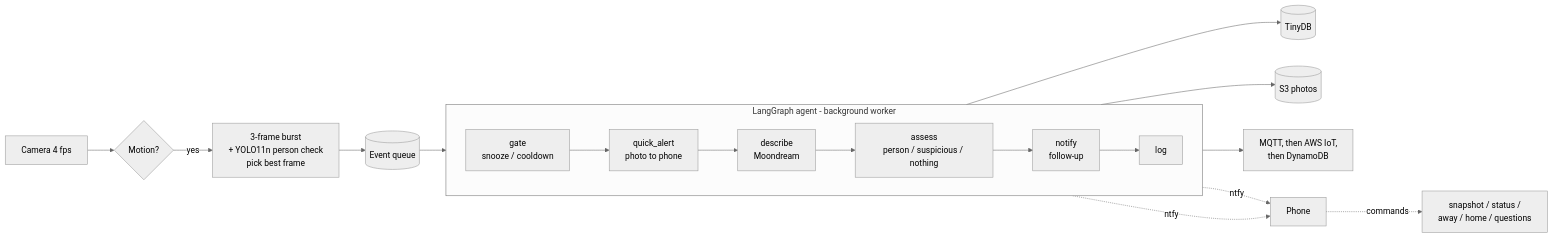
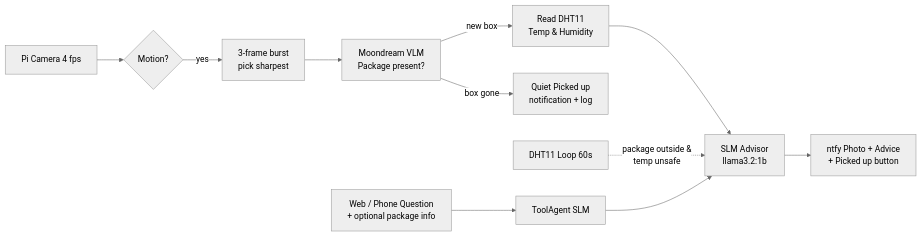
One commit to FuzailSami/room-guardian changed the diagram in README.md. Above: the diagram before and after it, drawn with Mermaid (neutral theme). The commit also changed other lines of this file and 12 other files, not shown here.

````diff
--- a/README.md
+++ b/README.md
@@ -19,23 +14,13 @@
 ```mermaid
 flowchart LR
-    CAM[Camera 4 fps] --> MOTION{Motion?}
-    MOTION -- yes --> BURST[3-frame burst<br/>+ YOLO11n person check<br/>pick best frame]
-    BURST --> QUEUE[(Event queue)]
-    QUEUE --> WORKER
-
-    subgraph WORKER[LangGraph agent - background worker]
-        direction LR
-        GATE[gate<br/>snooze / cooldown] --> QUICK[quick_alert<br/>photo to phone]
-        QUICK --> DESCRIBE[describe<br/>Moondream]
-        DESCRIBE --> ASSESS[assess<br/>person / suspicious / nothing]
-        ASSESS --> NOTIFY[notify<br/>follow-up]
-        NOTIFY --> LOG[log]
-    end
-
-    LOG --> DB[(TinyDB)]
-    LOG --> S3[(S3 photos)]
-    LOG --> MQTT[MQTT, then AWS IoT,<br/>then DynamoDB]
-    QUICK -. ntfy .-> PHONE[Phone]
-    NOTIFY -. ntfy .-> PHONE
-    PHONE -. commands .-> CMD[snapshot / status /<br/>away / home / questions]
+    CAM[Pi Camera 4 fps] --> MOTION{Motion?}
+    MOTION -- yes --> BURST[3-frame burst<br/>pick sharpest]
+    BURST --> VLM[Moondream VLM<br/>Package present?]
+    VLM -- "new box" --> DHT[Read DHT11<br/>Temp & Humidity]
+    DHT --> SLM[SLM Advisor<br/>llama3.2:1b]
+    SLM --> NOTIFY[ntfy Photo + Advice<br/>+ Picked up button]
+    VLM -- "box gone" --> PICKED[Quiet Picked up<br/>notification + log]
+    DHTLOOP[DHT11 Loop 60s] -. "package outside &<br/>temp unsafe" .-> SLM
+    USER[Web / Phone Question<br/>+ optional package info] --> AGENT[ToolAgent SLM]
+    AGENT --> SLM
 ```
````
